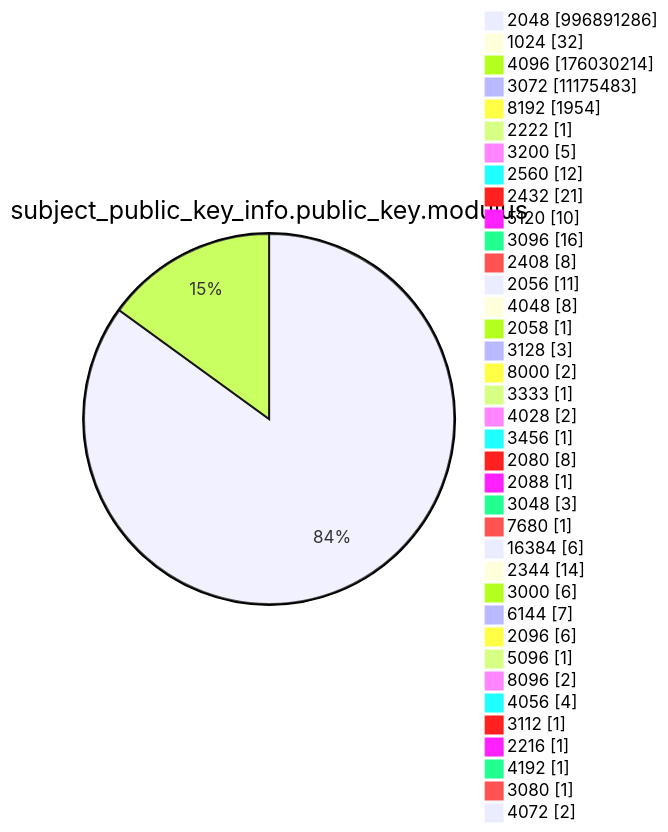
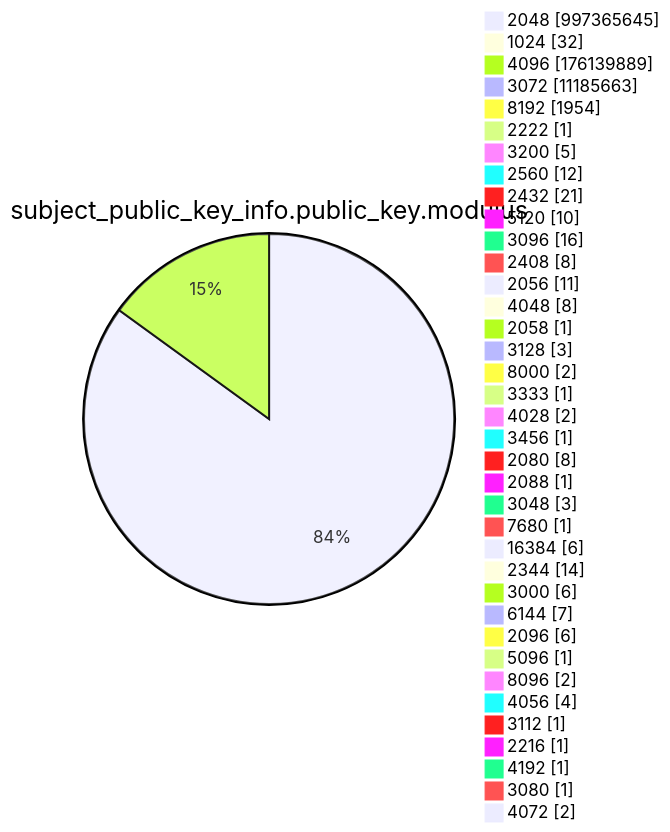
Before and after one commit to christiankrug/ctmonitor_visualization: diagram 13 of 15 in argon2022/README.md, drawn with Mermaid. The commit also changed other lines of this file, not shown here.

````diff
--- a/argon2022/README.md
+++ b/argon2022/README.md
@@ -3587,41 +3587,41 @@
 ```mermaid
 pie showData
 title subject_public_key_info.public_key.modulus
-"2048" :996891286
+"2048" :997365645
 "1024" :32
-"4096" :176030214
-"3072" :11175483
+"4096" :176139889
+"3072" :11185663
 "8192" :1954
 "2222" :1
 "3200" :5
 "2560" :12
 "2432" :21
 "5120" :10
 "3096" :16
 "2408" :8
 "2056" :11
 "4048" :8
 "2058" :1
 "3128" :3
 "8000" :2
 "3333" :1
 "4028" :2
 "3456" :1
 "2080" :8
 "2088" :1
 "3048" :3
 "7680" :1
 "16384" :6
 "2344" :14
 "3000" :6
 "6144" :7
 "2096" :6
 "5096" :1
 "8096" :2
 "4056" :4
 "3112" :1
 "2216" :1
 "4192" :1
 "3080" :1
 "4072" :2
 ```
````
